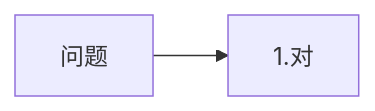
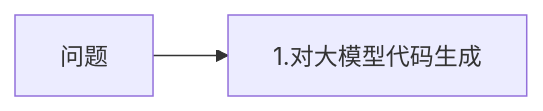
The diagram in all/组件数据存储-1.md (yingjianzh/iodraw-files), drawn with Mermaid before and after one commit.

Commit message:
2025-02-14 10:33:34 update

````diff
--- a/all/组件数据存储-1.md
+++ b/all/组件数据存储-1.md
@@ -1,6 +1,6 @@
 ```mermaid
 flowchart LR
-    问题 --> 1.对
+    问题 --> 1.对大模型代码生成
     
   
 ```
````
